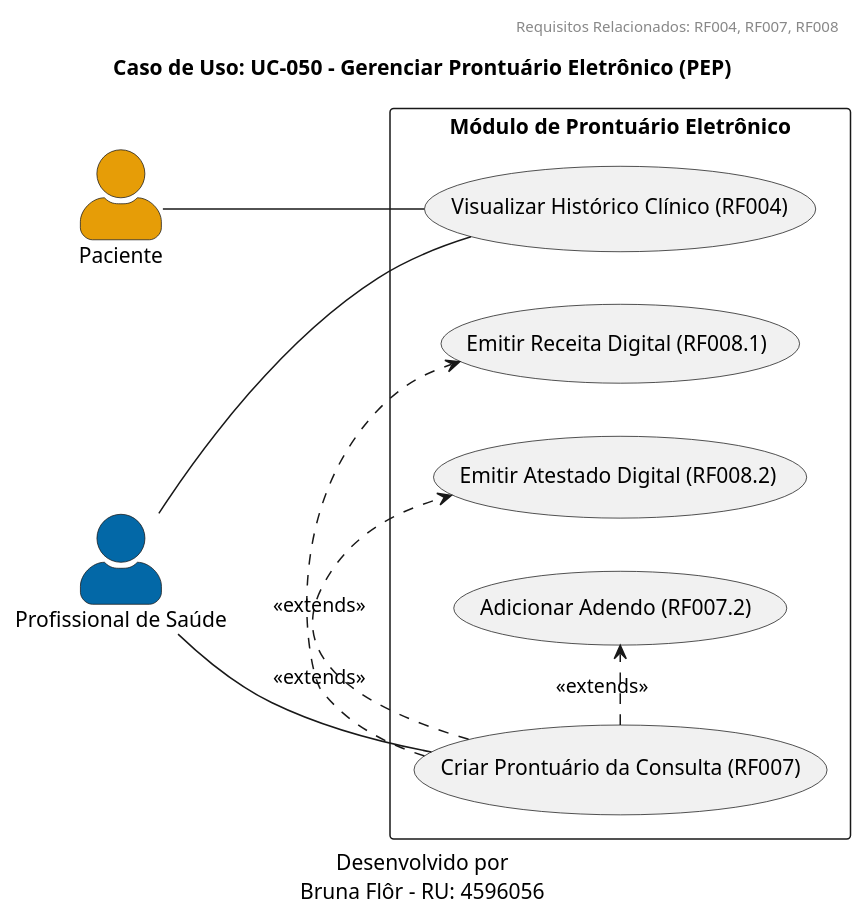
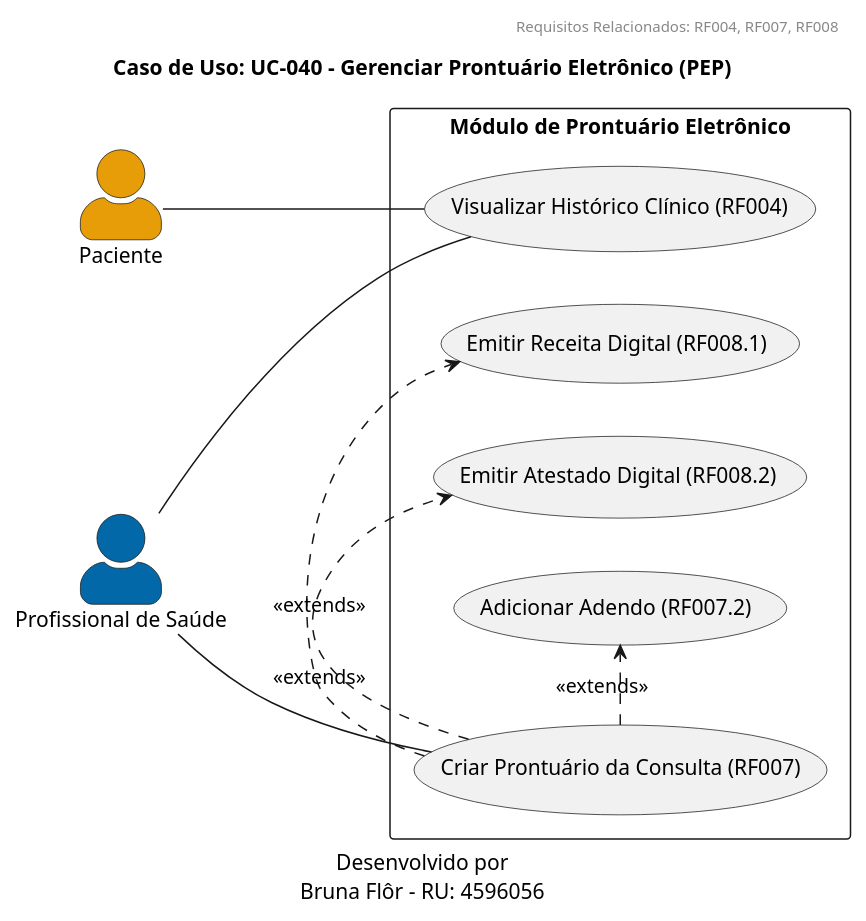
The diagram in docs/diagrams/use-case/UC-040-prontuario.puml (bruflor/sghss-next-app), drawn with PlantUML before and after one commit. The commit also changed 7 other files, not shown here.

```diff
--- a/docs/diagrams/use-case/UC-040-prontuario.puml
+++ b/docs/diagrams/use-case/UC-040-prontuario.puml
@@ -1,47 +1,47 @@
 @startuml
 
 header
 Requisitos Relacionados: RF004, RF007, RF008
 end header
 
 caption
 Desenvolvido por
 Bruna Flôr - RU: 4596056
 end caption
 
-title Caso de Uso: UC-050 - Gerenciar Prontuário Eletrônico (PEP)
+title Caso de Uso: UC-040 - Gerenciar Prontuário Eletrônico (PEP)
 
 left to right direction
 skinparam actorStyle awesome
 
 actor #E69D07 Paciente as Pac
 actor #0368A7 "Profissional de Saúde" as Prof
 
 rectangle "Módulo de Prontuário Eletrônico" {
 
     usecase "Visualizar Histórico Clínico (RF004)" as UC_VisPEP
 
     usecase "Criar Prontuário da Consulta (RF007)" as UC_Criar
     usecase "Adicionar Adendo (RF007.2)" as UC_Adendo
 
     usecase "Emitir Receita Digital (RF008.1)" as UC_Receita
     usecase "Emitir Atestado Digital (RF008.2)" as UC_Atestado
 }
 
 ' =====================================================================
 ' ASSOCIAÇÕES
 ' =====================================================================
 
 ' Acesso/Visualização (RF004)
 Prof -- UC_VisPEP
 Pac -- UC_VisPEP
 
 ' Criação/Atualização (RF007)
 Prof -- UC_Criar
 
 ' Extensões da Criação (RF007, RF008)
 UC_Criar .> UC_Adendo : <<extends>>
 UC_Criar .> UC_Receita : <<extends>>
 UC_Criar .> UC_Atestado : <<extends>>
 
 @enduml
```
